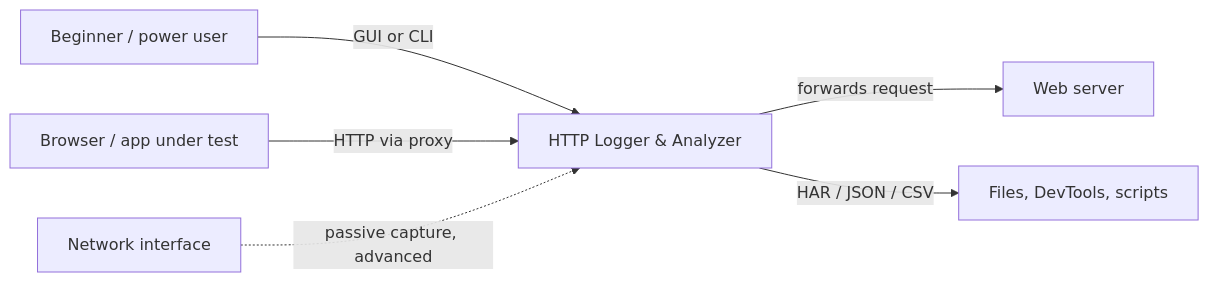
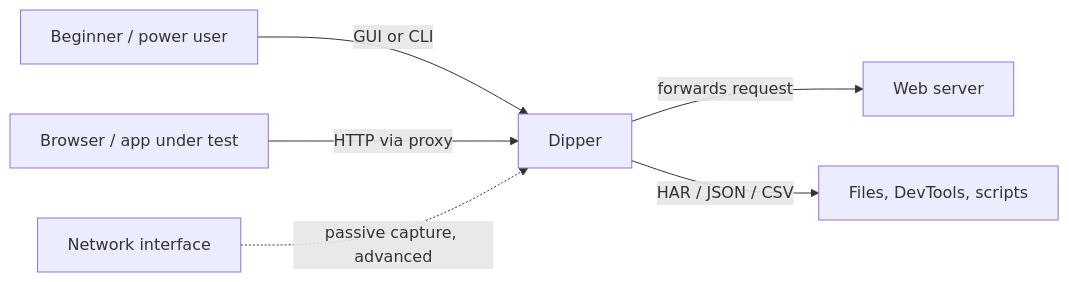
One commit to TryfonGav/HTTP-Logger-Analyzer changed the first of 3 diagrams in docs/architecture/ARCHITECTURE.md. Above: the diagram before and after it, drawn with Mermaid. The commit also changed other lines of this file and 20 other files, not shown here.

````diff
--- a/docs/architecture/ARCHITECTURE.md
+++ b/docs/architecture/ARCHITECTURE.md
@@ -19,8 +19,8 @@
 ```mermaid
 flowchart LR
-    U[Beginner / power user] -->|GUI or CLI| T[HTTP Logger & Analyzer]
+    U[Beginner / power user] -->|GUI or CLI| T[Dipper]
     B[Browser / app under test] -->|HTTP via proxy| T
     T -->|forwards request| S[Web server]
     N[Network interface] -.->|passive capture, advanced| T
     T -->|HAR / JSON / CSV| F[Files, DevTools, scripts]
 ```
````
